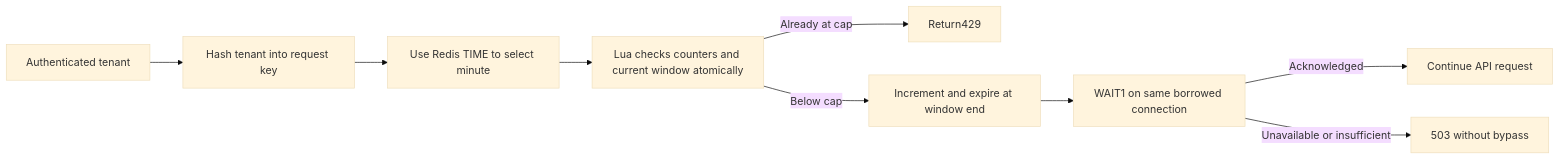
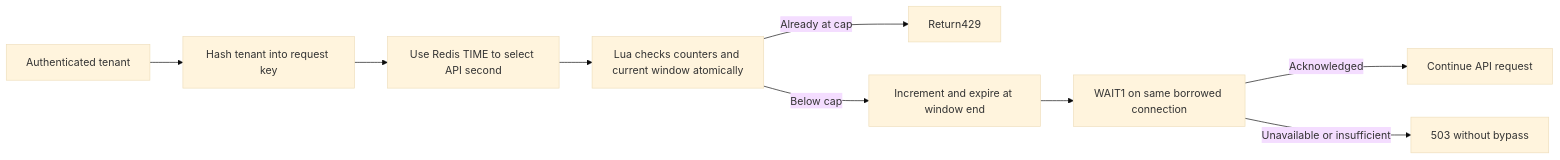
The second of 3 diagrams in docs/lld/redis-sentinel.md (Sahil2237/notification-fanout), drawn with Mermaid (base theme) before and after one commit. The commit also changed other lines of this file and 30 other files, not shown here.

Commit message:
Refresh onboarding and architecture for deployed host network policy [skip ci]

````diff
--- a/docs/lld/redis-sentinel.md
+++ b/docs/lld/redis-sentinel.md
@@ -37,11 +39,11 @@
 ```mermaid
 flowchart LR
     AUTH[Authenticated tenant] --> KEY[Hash tenant into request key]
-    KEY --> TIME[Use Redis TIME to select minute]
+    KEY --> TIME[Use Redis TIME to select API second]
     TIME --> SCRIPT[Lua checks counters and current window atomically]
     SCRIPT -->|Already at cap| DENY[Return429]
     SCRIPT -->|Below cap| INC[Increment and expire at window end]
     INC --> WAIT[WAIT1 on same borrowed connection]
     WAIT -->|Acknowledged| ALLOW[Continue API request]
     WAIT -->|Unavailable or insufficient| CLOSE[503 without bypass]
 ```
````
